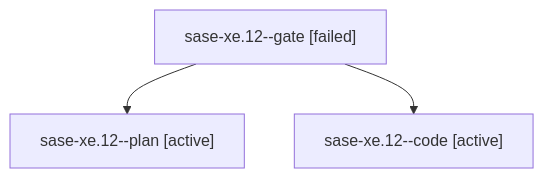
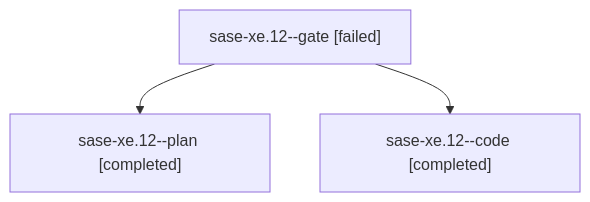
Before and after one commit to sase-org/sase--agents: the diagram in families/bbugyi200.athena.sase-xe.12.md, drawn with Mermaid. The commit also changed other lines of this file and 51 other files, not shown here.

````diff
--- a/families/bbugyi200.athena.sase-xe.12.md
+++ b/families/bbugyi200.athena.sase-xe.12.md
@@ -9,8 +9,8 @@
 ```mermaid
 flowchart TD
   n0["sase-xe.12--gate [failed]"]
-  n1["sase-xe.12--plan [active]"]
+  n1["sase-xe.12--plan [completed]"]
   n0 --> n1
-  n2["sase-xe.12--code [active]"]
+  n2["sase-xe.12--code [completed]"]
   n0 --> n2
 ```
````
